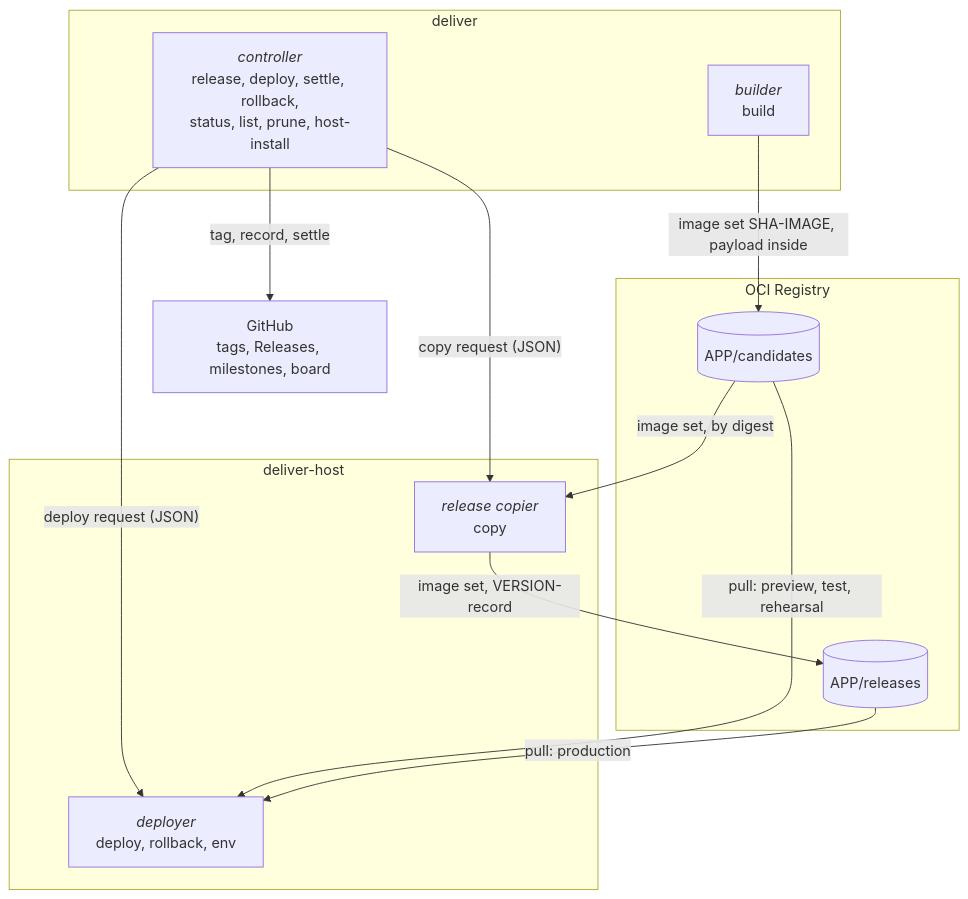
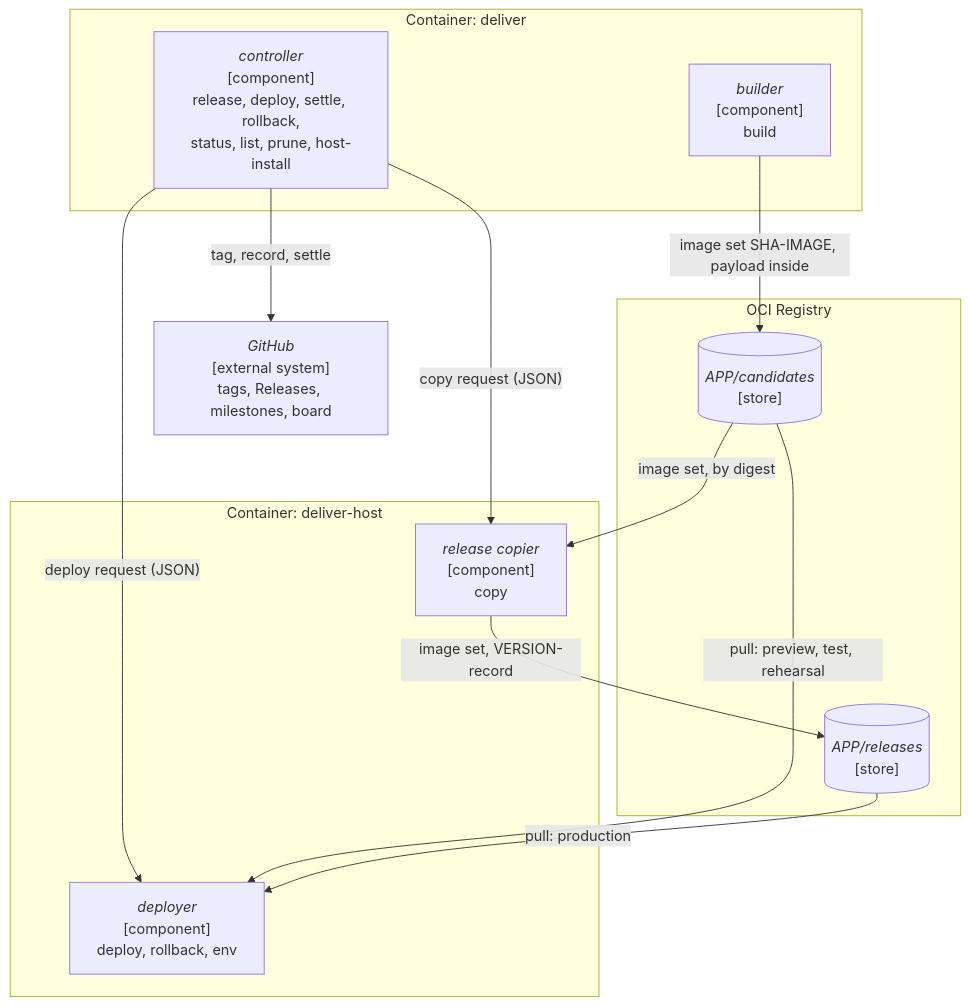
One commit to delphside/programme changed the first of 5 diagrams in records/2.5-changes/programme-tooling/117-generic-deliver-tool/design.md. Above: the diagram before and after it, drawn with Mermaid. The commit also changed other lines of this file, not shown here.

First line of the commit message:
Change 117: design diagrams label each box C4's way, and show GitHub

````diff
--- a/records/2.5-changes/programme-tooling/117-generic-deliver-tool/design.md
+++ b/records/2.5-changes/programme-tooling/117-generic-deliver-tool/design.md
@@ -67,24 +67,24 @@
 ```mermaid
 flowchart TB
-  subgraph DELIVER["deliver"]
-    CTL["<i>controller</i><br>release, deploy, settle, rollback,<br>status, list, prune, host-install"]
-    BLD["<i>builder</i><br>build"]
+  subgraph DELIVER["Container: deliver"]
+    CTL["<i>controller</i><br>[component]<br>release, deploy, settle, rollback,<br>status, list, prune, host-install"]
+    BLD["<i>builder</i><br>[component]<br>build"]
   end
-  subgraph HOST["deliver-host"]
-    COPY["<i>release copier</i><br>copy"]
-    DEP["<i>deployer</i><br>deploy, rollback, env"]
+  subgraph HOST["Container: deliver-host"]
+    COPY["<i>release copier</i><br>[component]<br>copy"]
+    DEP["<i>deployer</i><br>[component]<br>deploy, rollback, env"]
   end
   subgraph OCIR["OCI Registry"]
-    CAND[("APP/candidates")]
-    REL[("APP/releases")]
+    CAND[("<i>APP/candidates</i><br>[store]")]
+    REL[("<i>APP/releases</i><br>[store]")]
   end
-  GH["GitHub<br>tags, Releases, milestones, board"]
+  GH["<i>GitHub</i><br>[external system]<br>tags, Releases, milestones, board"]
   BLD -->|"image set SHA-IMAGE, payload inside"| CAND
   CTL -->|"copy request (JSON)"| COPY
   CAND -->|"image set, by digest"| COPY
   COPY -->|"image set, VERSION-record"| REL
   CTL -->|"deploy request (JSON)"| DEP
   CAND -->|"pull: preview, test, rehearsal"| DEP
   REL -->|"pull: production"| DEP
   CTL -->|"tag, record, settle"| GH
 ```
````
